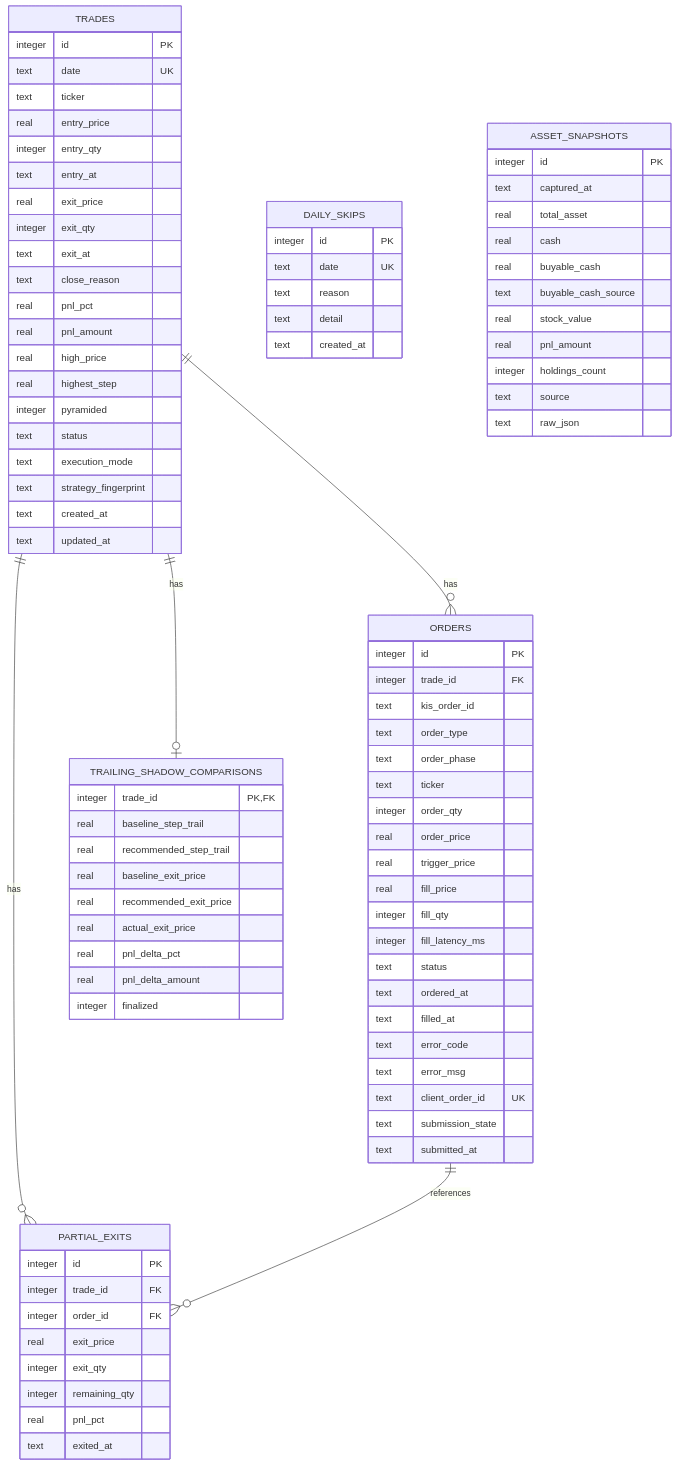
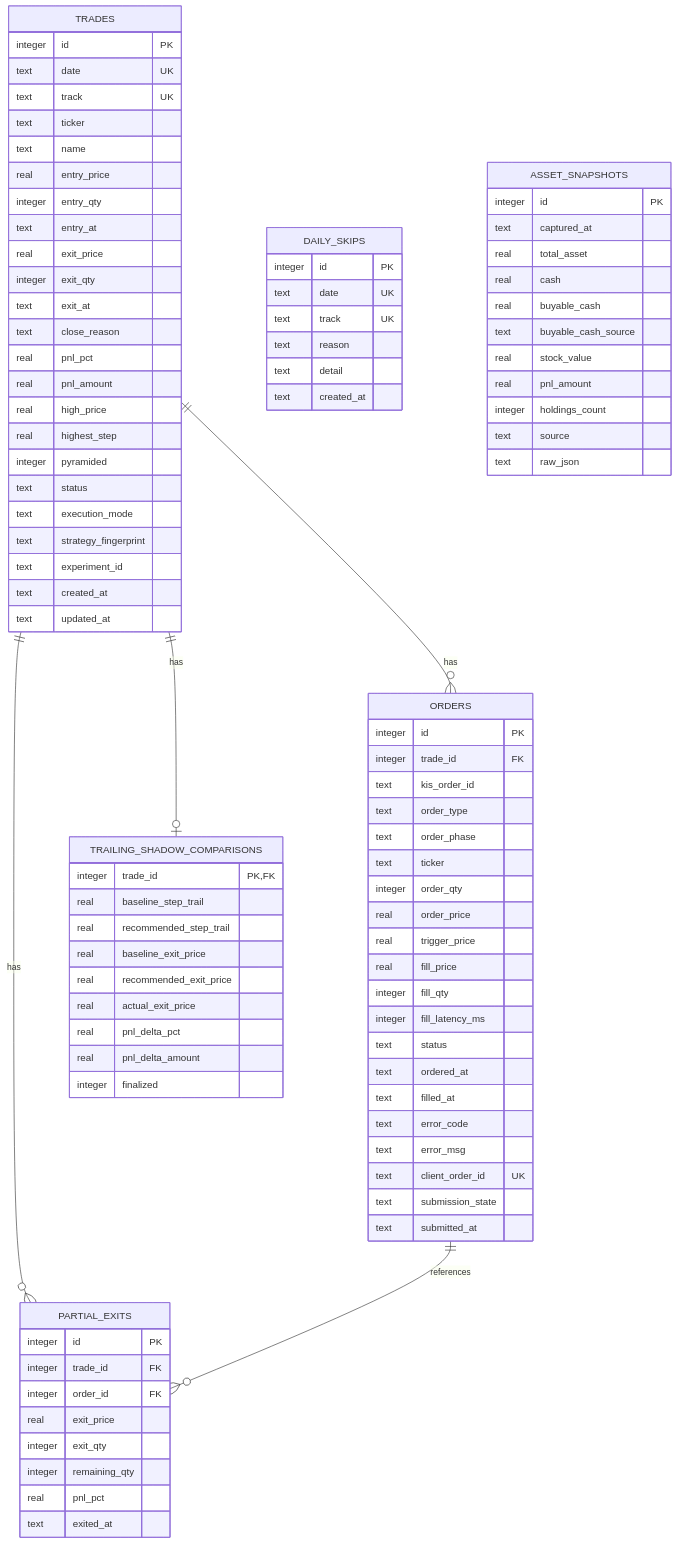
The diagram in docs/DB_DESIGN.md (hcpark74/stock), drawn with Mermaid before and after one commit. The commit also changed other lines of this file and 1 other file, not shown here.

First line of the commit message:
docs: align the schema doc with the shipped tables and fix the spec's claims

```diff
--- a/docs/DB_DESIGN.md
+++ b/docs/DB_DESIGN.md
@@ -45,7 +45,9 @@
     TRADES {
         integer id PK
         text date UK
+        text track UK
         text ticker
+        text name
         real entry_price
         integer entry_qty
         text entry_at
@@ -61,6 +63,7 @@
         text status
         text execution_mode
         text strategy_fingerprint
+        text experiment_id
         text created_at
         text updated_at
     }
@@ -114,6 +117,7 @@
     DAILY_SKIPS {
         integer id PK
         text date UK
+        text track UK
         text reason
         text detail
         text created_at
```
